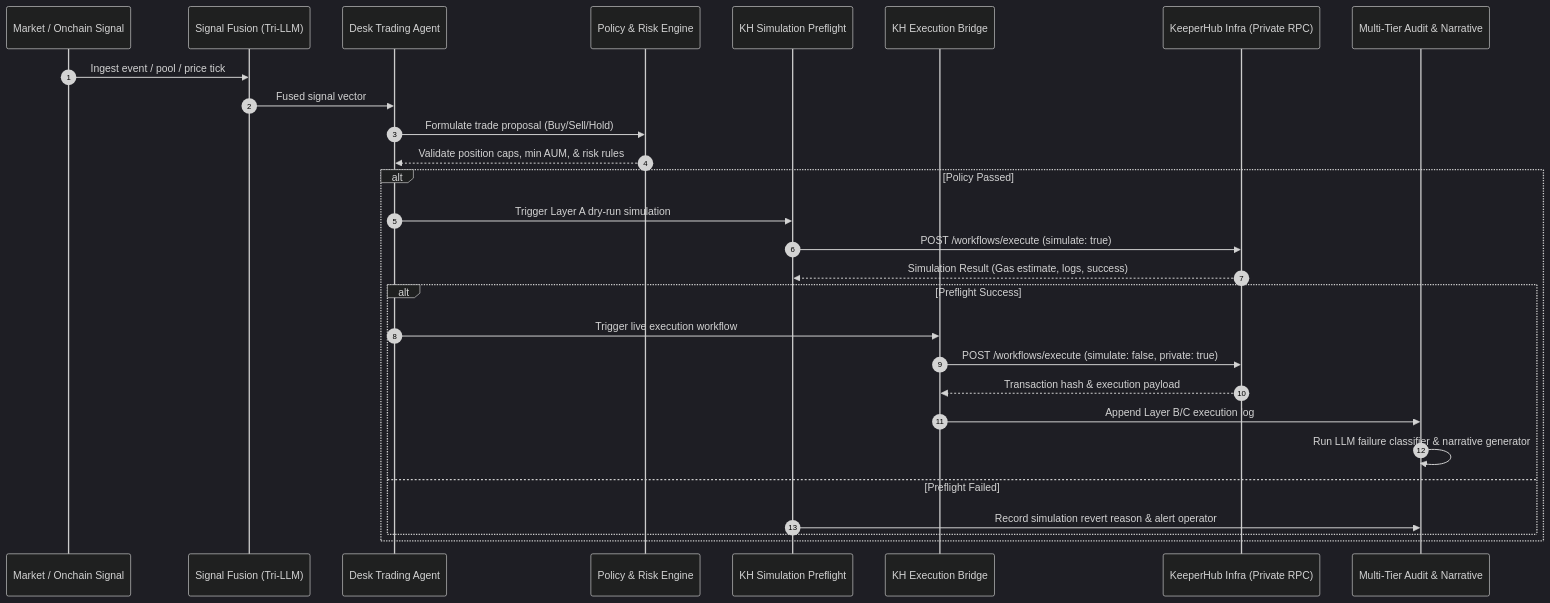
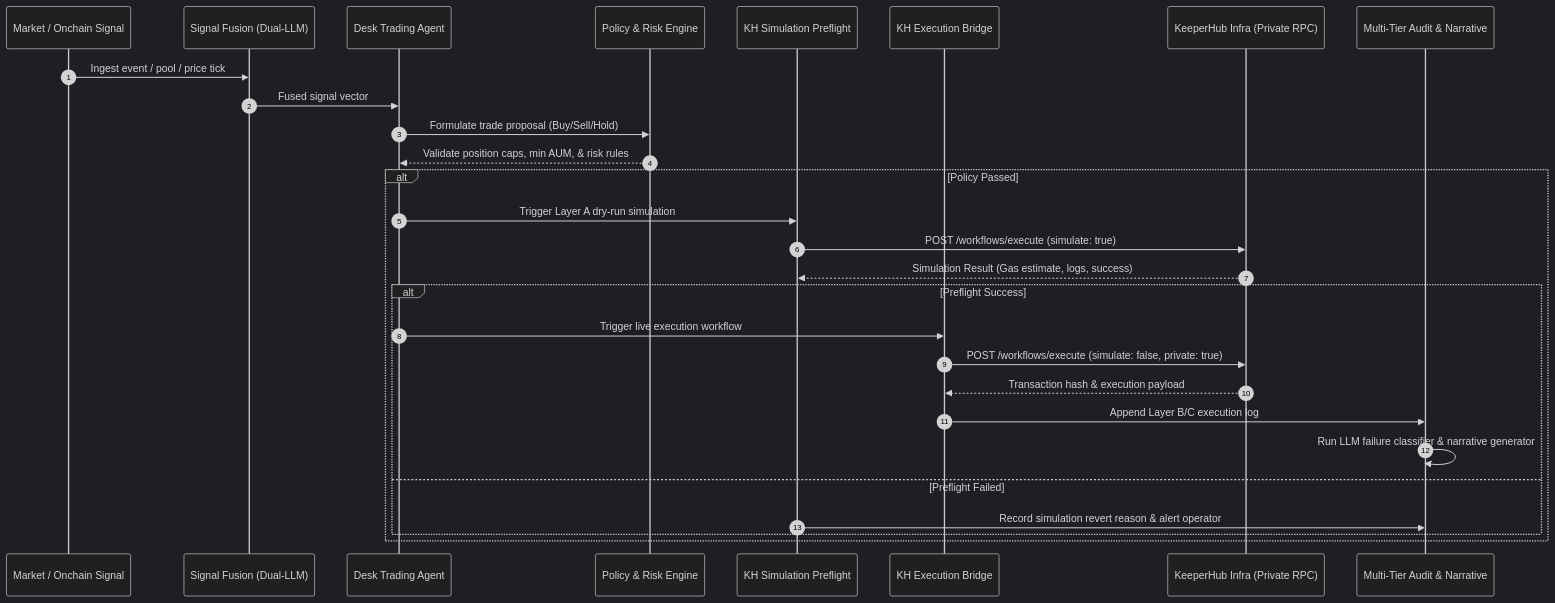
The first of 3 diagrams in README.md (zaikaman/ChronicleAI), drawn with Mermaid (dark theme) before and after one commit. The commit also changed other lines of this file and 17 other files, not shown here.

Commit message:
feat: refactor LLM provider handling to support dual-provider architecture with Groq and OpenAI, including round-robin key rotation for Groq API keys

````diff
--- a/README.md
+++ b/README.md
@@ -86,31 +86,31 @@
 ```mermaid
 sequenceDiagram
     autonumber
     participant Signal as Market / Onchain Signal
-    participant Fusion as Signal Fusion (Tri-LLM)
+    participant Fusion as Signal Fusion (Dual-LLM)
     participant Desk as Desk Trading Agent
     participant Policy as Policy & Risk Engine
     participant Preflight as KH Simulation Preflight
     participant Bridge as KH Execution Bridge
     participant KeeperHub as KeeperHub Infra (Private RPC)
     participant Audit as Multi-Tier Audit & Narrative
 
     Signal->>Fusion: Ingest event / pool / price tick
     Fusion->>Desk: Fused signal vector
     Desk->>Policy: Formulate trade proposal (Buy/Sell/Hold)
     Policy-->>Desk: Validate position caps, min AUM, & risk rules
     alt Policy Passed
         Desk->>Preflight: Trigger Layer A dry-run simulation
         Preflight->>KeeperHub: POST /workflows/execute (simulate: true)
         KeeperHub-->>Preflight: Simulation Result (Gas estimate, logs, success)
         alt Preflight Success
             Desk->>Bridge: Trigger live execution workflow
             Bridge->>KeeperHub: POST /workflows/execute (simulate: false, private: true)
             KeeperHub-->>Bridge: Transaction hash & execution payload
             Bridge->>Audit: Append Layer B/C execution log
             Audit->>Audit: Run LLM failure classifier & narrative generator
         else Preflight Failed
             Preflight->>Audit: Record simulation revert reason & alert operator
         end
     end
 ```
````
